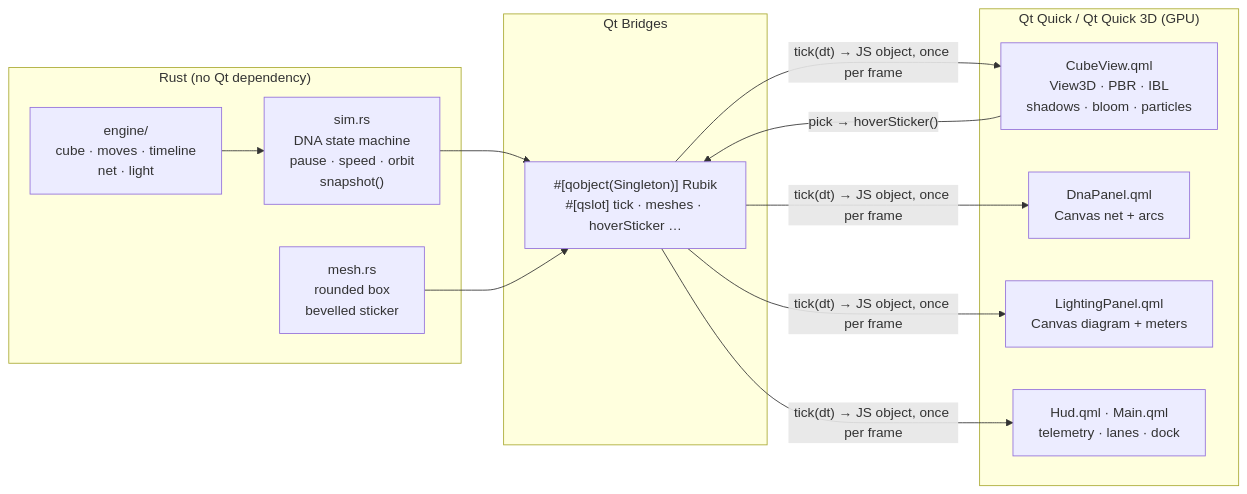
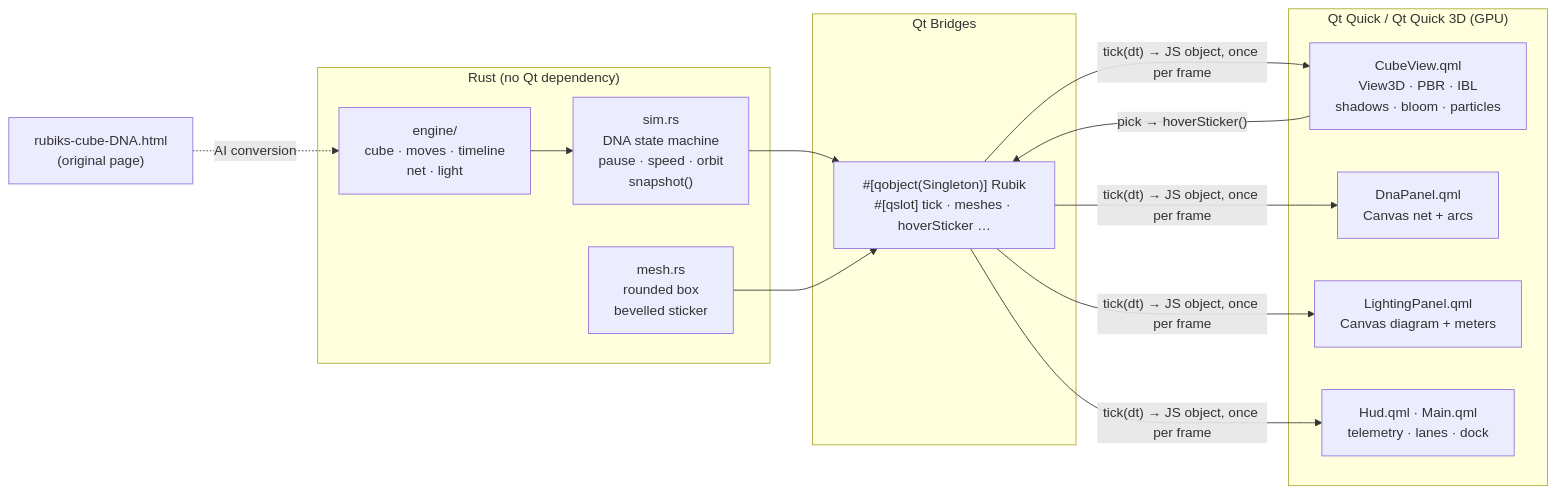
Before and after one commit to Suaroman/rubik-qt-rust: the diagram in README.md, drawn with Mermaid. The commit also changed other lines of this file and 8 other files, not shown here.

First line of the commit message:
Tell the project's real history: HTML page -> AI conversion to Rust -> Qt

````diff
--- a/README.md
+++ b/README.md
@@ -219,22 +241,23 @@
 ```mermaid
 flowchart LR
+    H0["rubiks-cube-DNA.html<br/>(original page)"] -. "AI conversion" .-> E
     subgraph Rust["Rust (no Qt dependency)"]
         E["engine/<br/>cube · moves · timeline<br/>net · light"]
         S["sim.rs<br/>DNA state machine<br/>pause · speed · orbit<br/>snapshot()"]
         M["mesh.rs<br/>rounded box<br/>bevelled sticker"]
         E --> S
     end
     subgraph Bridge["Qt Bridges"]
         B["#[qobject(Singleton)] Rubik<br/>#[qslot] tick · meshes · hoverSticker …"]
     end
     subgraph QML["Qt Quick / Qt Quick 3D (GPU)"]
         V["CubeView.qml<br/>View3D · PBR · IBL<br/>shadows · bloom · particles"]
         D["DnaPanel.qml<br/>Canvas net + arcs"]
         L["LightingPanel.qml<br/>Canvas diagram + meters"]
         H["Hud.qml · Main.qml<br/>telemetry · lanes · dock"]
     end
     S --> B
     M --> B
     B -- "tick(dt) → JS object, once per frame" --> V & D & L & H
     V -- "pick → hoverSticker()" --> B
 ```
````
